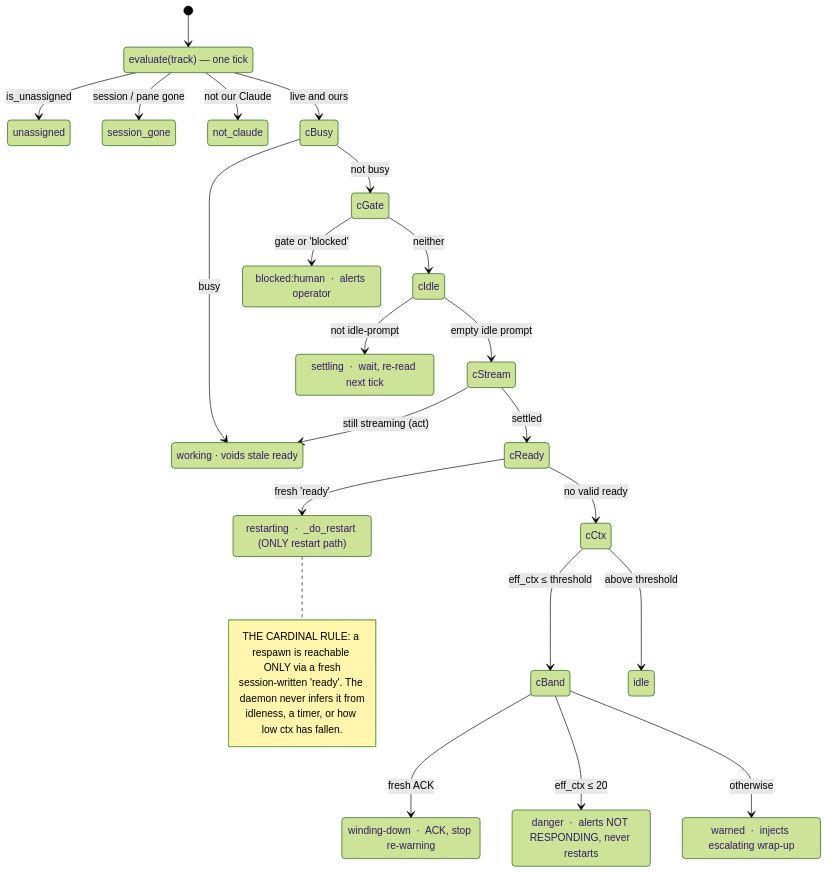
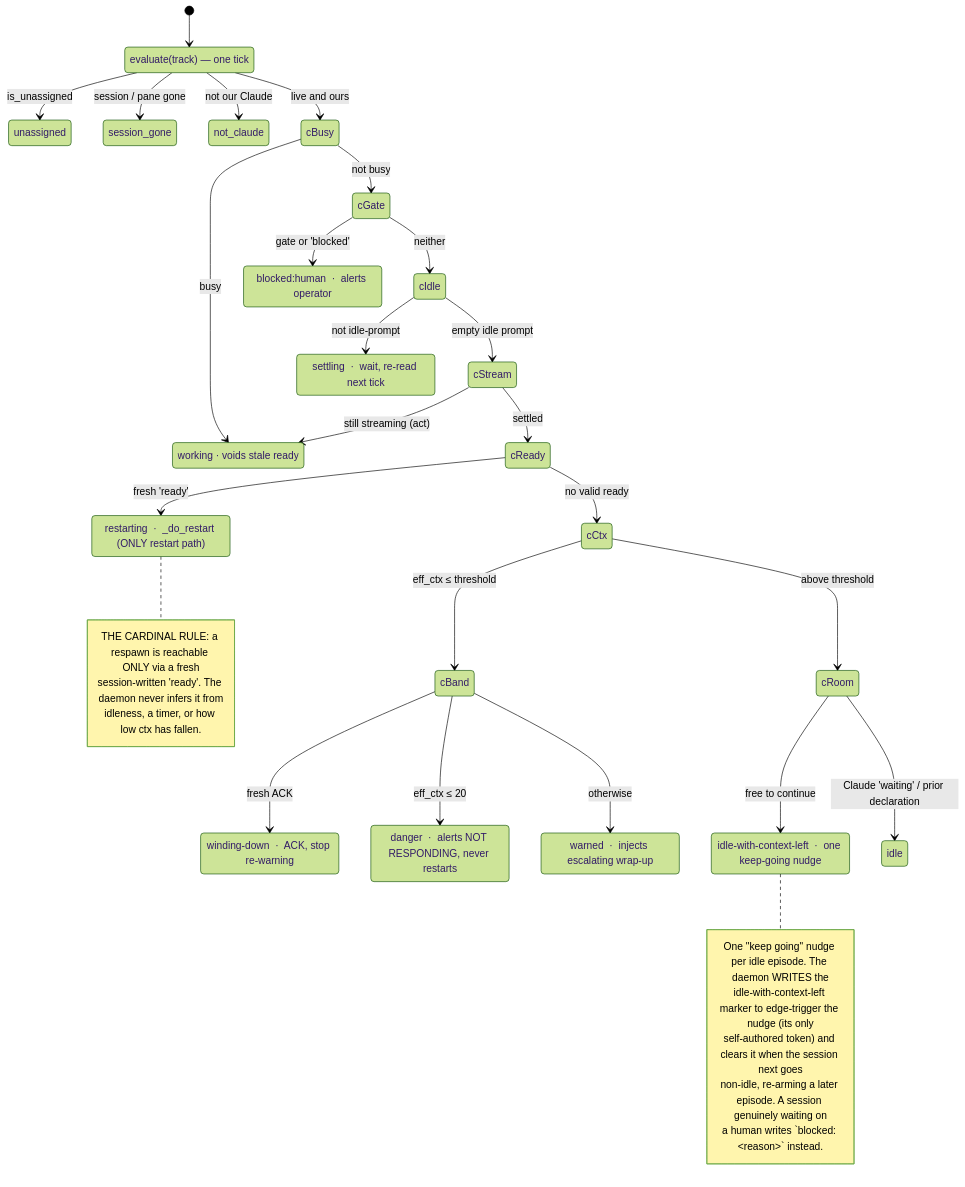
Before and after one commit to thewoolleyman/livespec: the diagram in .claude/skills/overseer/AGENTS.md, drawn with Mermaid (forest theme). The commit also changed other lines of this file and 5 other files, not shown here.

````diff
--- a/.claude/skills/overseer/AGENTS.md
+++ b/.claude/skills/overseer/AGENTS.md
@@ -56,55 +56,68 @@
 ```mermaid
 stateDiagram-v2
     direction TB
 
     [*] --> tick
     state "evaluate(track) — one tick" as tick
 
     tick --> unassigned: is_unassigned
     tick --> session_gone: session / pane gone
     tick --> not_claude: not our Claude
     tick --> cBusy: live and ours
 
     state cBusy <<choice>>
     cBusy --> working: busy
     cBusy --> cGate: not busy
 
     state cGate <<choice>>
     cGate --> blocked_human: gate or 'blocked'
     cGate --> cIdle: neither
 
     state cIdle <<choice>>
     cIdle --> settling: not idle-prompt
     cIdle --> cStream: empty idle prompt
 
     state cStream <<choice>>
     cStream --> working: still streaming (act)
     cStream --> cReady: settled
 
     state cReady <<choice>>
     cReady --> restarting: fresh 'ready'
     cReady --> cCtx: no valid ready
 
     state cCtx <<choice>>
     cCtx --> cBand: eff_ctx ≤ threshold
-    cCtx --> idle: above threshold
+    cCtx --> cRoom: above threshold
+
+    state cRoom <<choice>>
+    cRoom --> idle_ctx_left: free to continue
+    cRoom --> idle: Claude 'waiting' / prior declaration
 
     state cBand <<choice>>
     cBand --> winding_down: fresh ACK
     cBand --> danger: eff_ctx ≤ 20
     cBand --> warned: otherwise
 
     working: working  ·  voids stale ready
     blocked_human: blocked:human  ·  alerts operator
     settling: settling  ·  wait, re-read next tick
     restarting: restarting  ·  _do_restart (ONLY restart path)
     warned: warned  ·  injects escalating wrap-up
     danger: danger  ·  alerts NOT RESPONDING, never restarts
     winding_down: winding-down  ·  ACK, stop re-warning
+    idle_ctx_left: idle-with-context-left  ·  one keep-going nudge
+
+    note right of idle_ctx_left
+      One "keep going" nudge per idle episode. The daemon WRITES the
+      idle-with-context-left marker to edge-trigger the nudge (its only
+      self-authored token) and clears it when the session next goes
+      non-idle, re-arming a later episode. A session genuinely waiting on
+      a human writes `blocked: &lt;reason&gt;` instead.
+    end note
 
     note right of restarting
       THE CARDINAL RULE: a respawn is reachable ONLY via a fresh
       session-written 'ready'. The daemon never infers it from
       idleness, a timer, or how low ctx has fallen.
     end note
 ```
````
